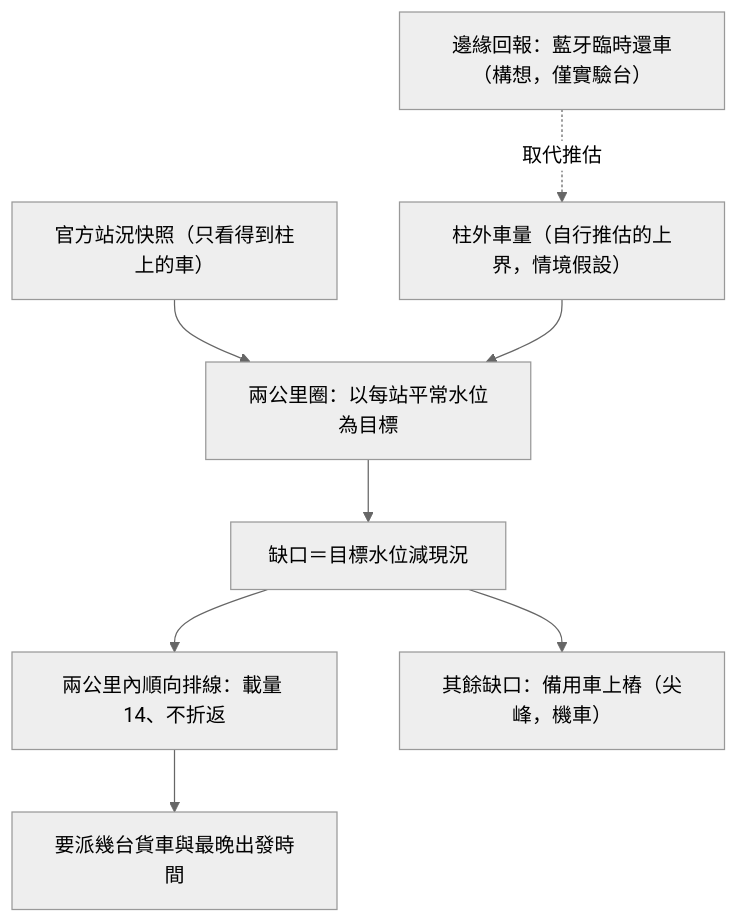
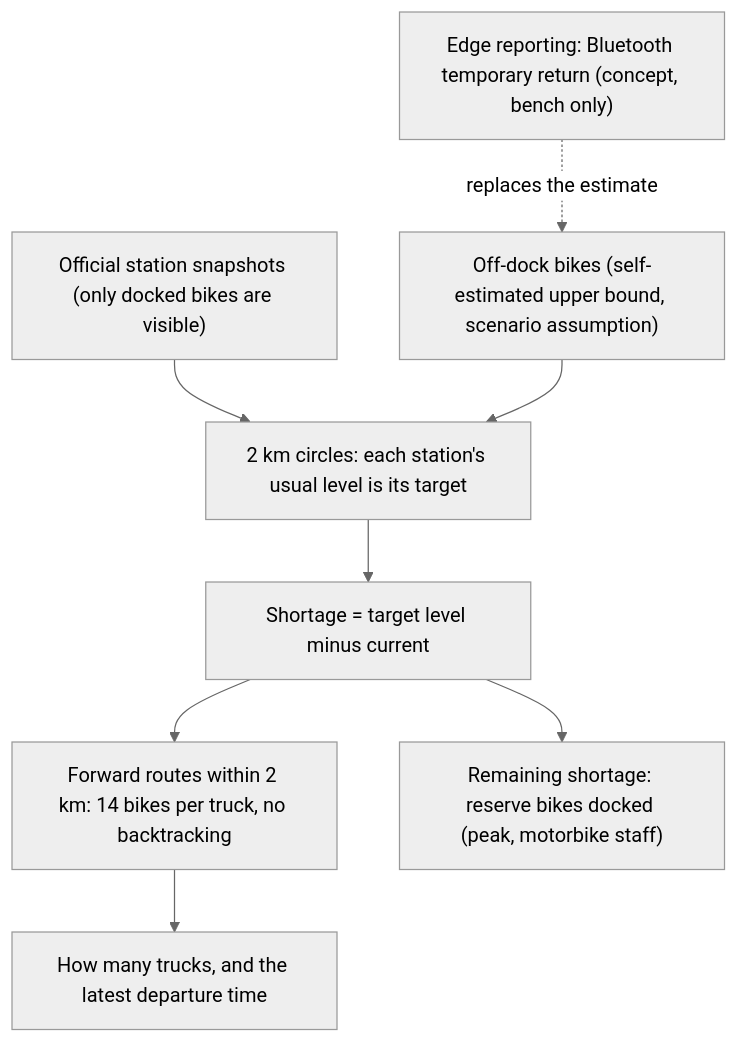
One commit to jiarong0423/unseen-bikes-dispatch changed the diagram in README.md. Above: the diagram before and after it, drawn with Mermaid (neutral theme). The commit also changed other lines of this file and 15 other files, not shown here.

First line of the commit message:
English-only repository: translate README, method, notices, deck, diagrams; expand README

````diff
--- a/README.md
+++ b/README.md
@@ -23,10 +38,10 @@
 ```mermaid
 flowchart TD
-    A["官方站況快照（只看得到柱上的車）"] --> C["兩公里圈：以每站平常水位為目標"]
-    B["柱外車量（自行推估的上界，情境假設）"] --> C
-    C --> D["缺口＝目標水位減現況"]
-    D --> E["兩公里內順向排線：載量 14、不折返"]
-    E --> F["要派幾台貨車與最晚出發時間"]
-    D --> G["其餘缺口：備用車上樁（尖峰，機車）"]
-    H["邊緣回報：藍牙臨時還車（構想，僅實驗台）"] -. 取代推估 .-> B
+    A["Official station snapshots (only docked bikes are visible)"] --> C["2 km circles: each station's usual level is its target"]
+    B["Off-dock bikes (self-estimated upper bound, scenario assumption)"] --> C
+    C --> D["Shortage = target level minus current"]
+    D --> E["Forward routes within 2 km: 14 bikes per truck, no backtracking"]
+    E --> F["How many trucks, and the latest departure time"]
+    D --> G["Remaining shortage: reserve bikes docked (peak, motorbike staff)"]
+    H["Edge reporting: Bluetooth temporary return (concept, bench only)"] -. replaces the estimate .-> B
 ```
````
